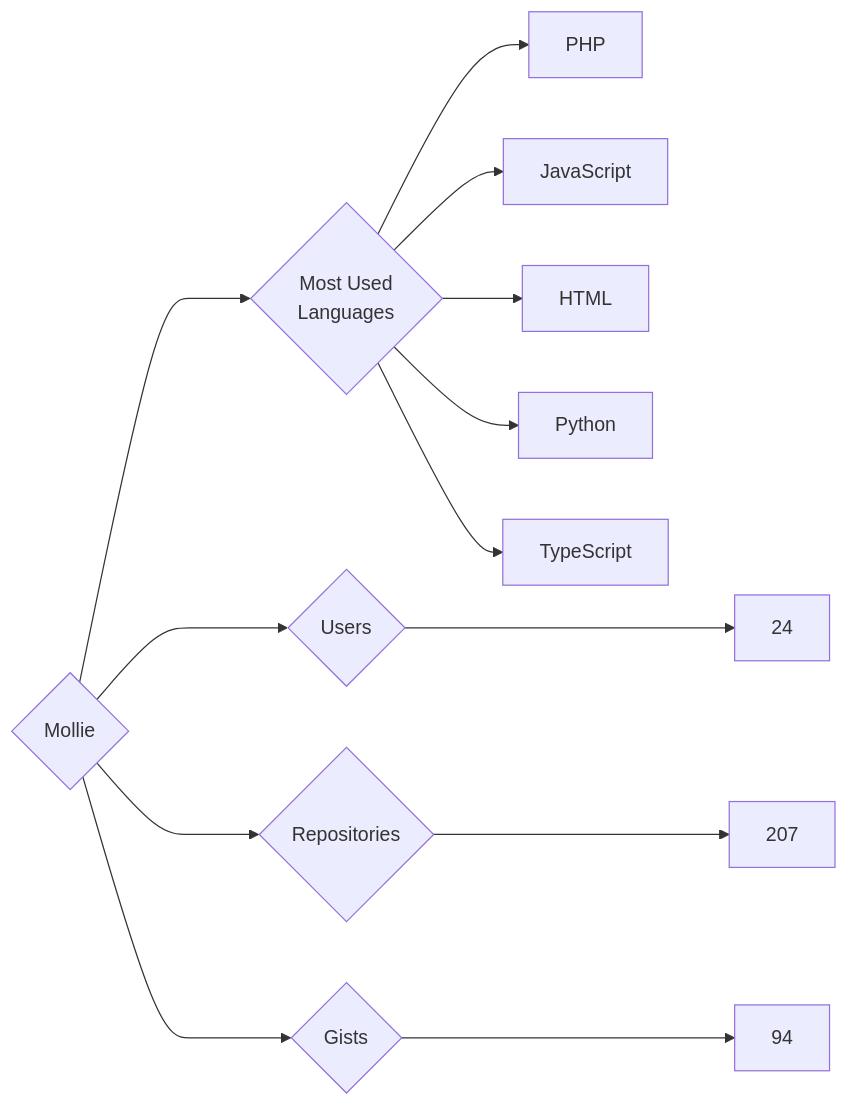
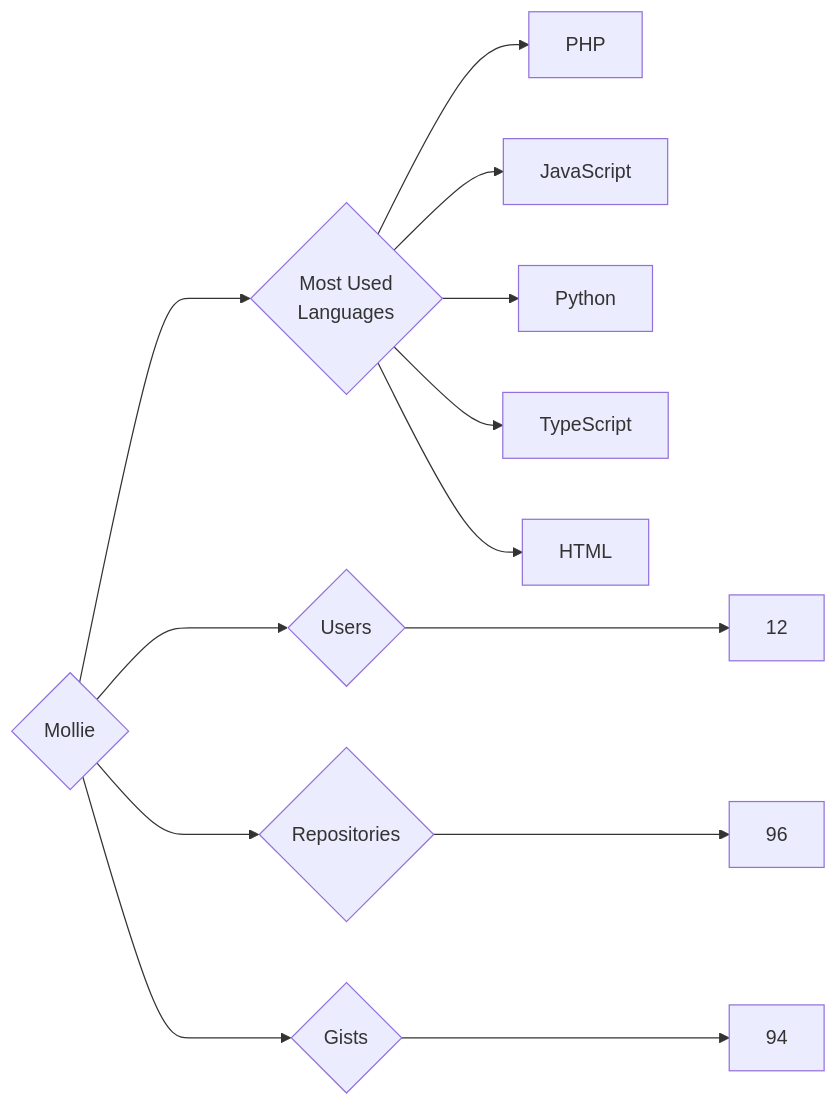
The diagram in targets/Mollie/README.md (trickest/insiders), drawn with Mermaid before and after one commit. The commit also changed 682 other files, not shown here.

````diff
--- a/targets/Mollie/README.md
+++ b/targets/Mollie/README.md
@@ -3,13 +3,13 @@
 ```mermaid
 graph LR
 COMPANY_NAME{Mollie}
-COMPANY_NAME ---> U{Users} ---> UN[24]
-COMPANY_NAME ---> R{Repositories} ---> RN[207]
+COMPANY_NAME ---> U{Users} ---> UN[12]
+COMPANY_NAME ---> R{Repositories} ---> RN[96]
 COMPANY_NAME ---> G{Gists} ---> GN[94]
 COMPANY_NAME ---> ML{Most Used<br>Languages}
 ML --> PHP[PHP]
 ML --> JavaScript[JavaScript]
-ML --> HTML[HTML]
 ML --> Python[Python]
 ML --> TypeScript[TypeScript]
+ML --> HTML[HTML]
 ```
````
